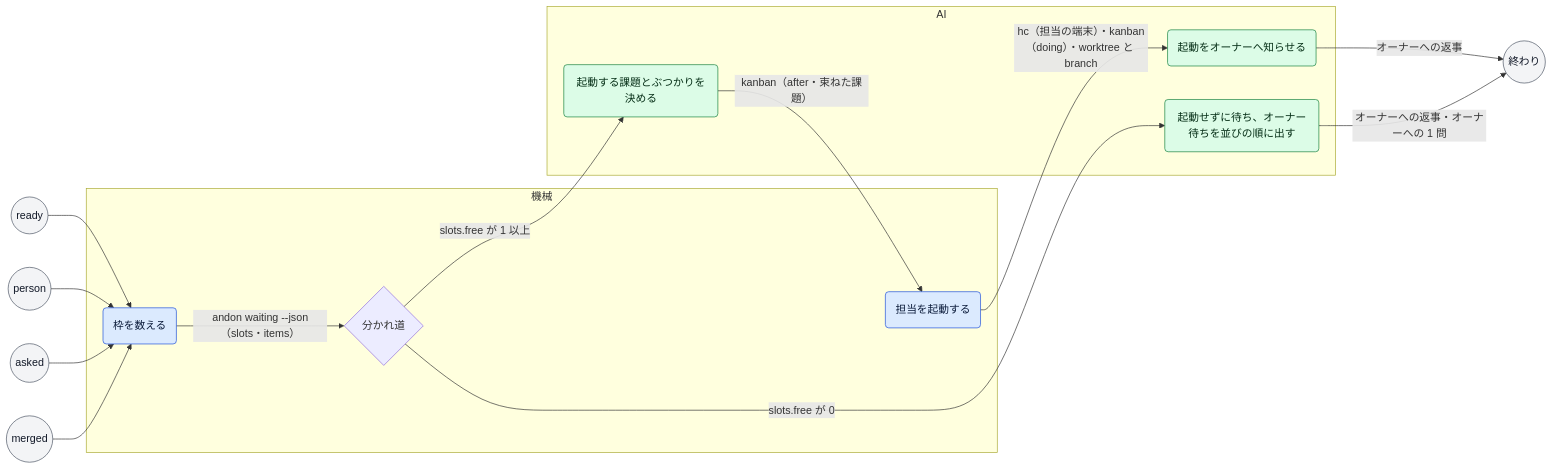
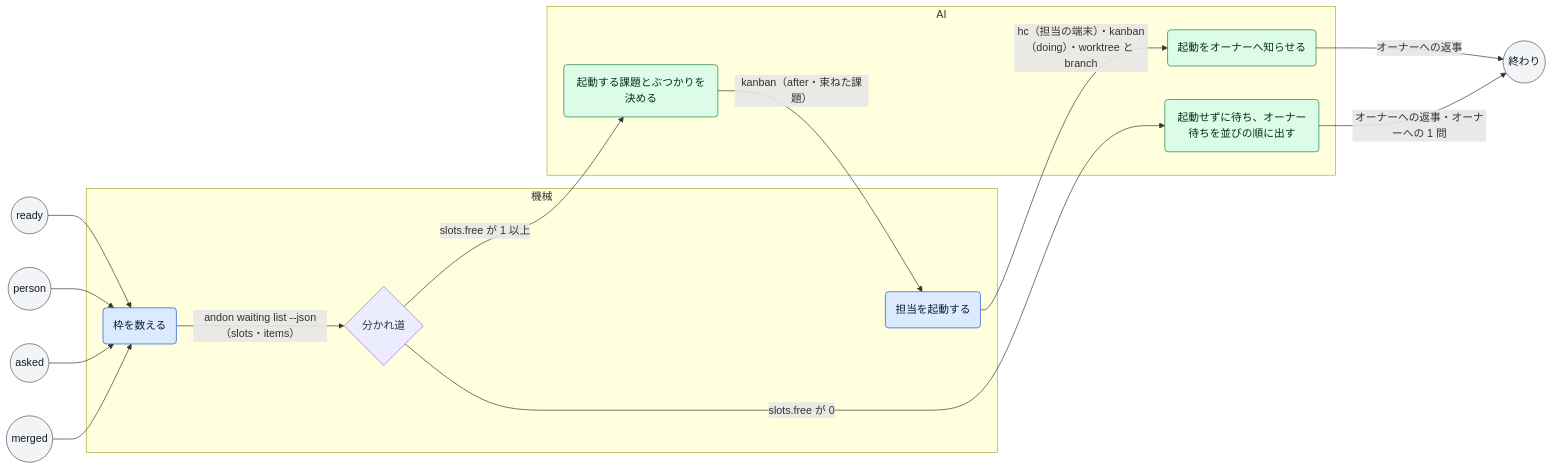
The diagram in docs/process/launch.md (mitaku/andon), drawn with Mermaid before and after one commit. The commit also changed other lines of this file and 147 other files, not shown here.

````diff
--- a/docs/process/launch.md
+++ b/docs/process/launch.md
@@ -18,33 +18,33 @@
 ```mermaid
 flowchart LR
   classDef machine fill:#dbeafe,stroke:#1d4ed8,color:#0b1b3a
   classDef ai fill:#dcfce7,stroke:#15803d,color:#052e16
   classDef person fill:#fef3c7,stroke:#b45309,color:#3b1d02
   classDef event fill:#f3f4f6,stroke:#4b5563,color:#111827
   t_ready(("ready")):::event
   t_person(("person")):::event
   t_asked(("asked")):::event
   t_merged(("merged")):::event
   subgraph lane_machine["機械"]
     s_count("枠を数える"):::machine
     g_count{"分かれ道"}
     s_start("担当を起動する"):::machine
   end
   subgraph lane_ai["AI"]
     s_check("起動する課題とぶつかりを決める"):::ai
     s_tell("起動をオーナーへ知らせる"):::ai
     s_hold("起動せずに待ち、オーナー待ちを並びの順に出す"):::ai
   end
   t_ready --> s_count
   t_person --> s_count
   t_asked --> s_count
   t_merged --> s_count
-  s_count -->|"andon waiting --json（slots・items）"| g_count
+  s_count -->|"andon waiting list --json（slots・items）"| g_count
   g_count -->|"slots.free が 1 以上"| s_check
   g_count -->|"slots.free が 0"| s_hold
   s_check -->|"kanban（after・束ねた課題）"| s_start
   s_start -->|"hc（担当の端末）・kanban（doing）・worktree と branch"| s_tell
   s_tell -->|"オーナーへの返事"| fin
   s_hold -->|"オーナーへの返事・オーナーへの 1 問"| fin
   fin(("終わり")):::event
 ```
````
